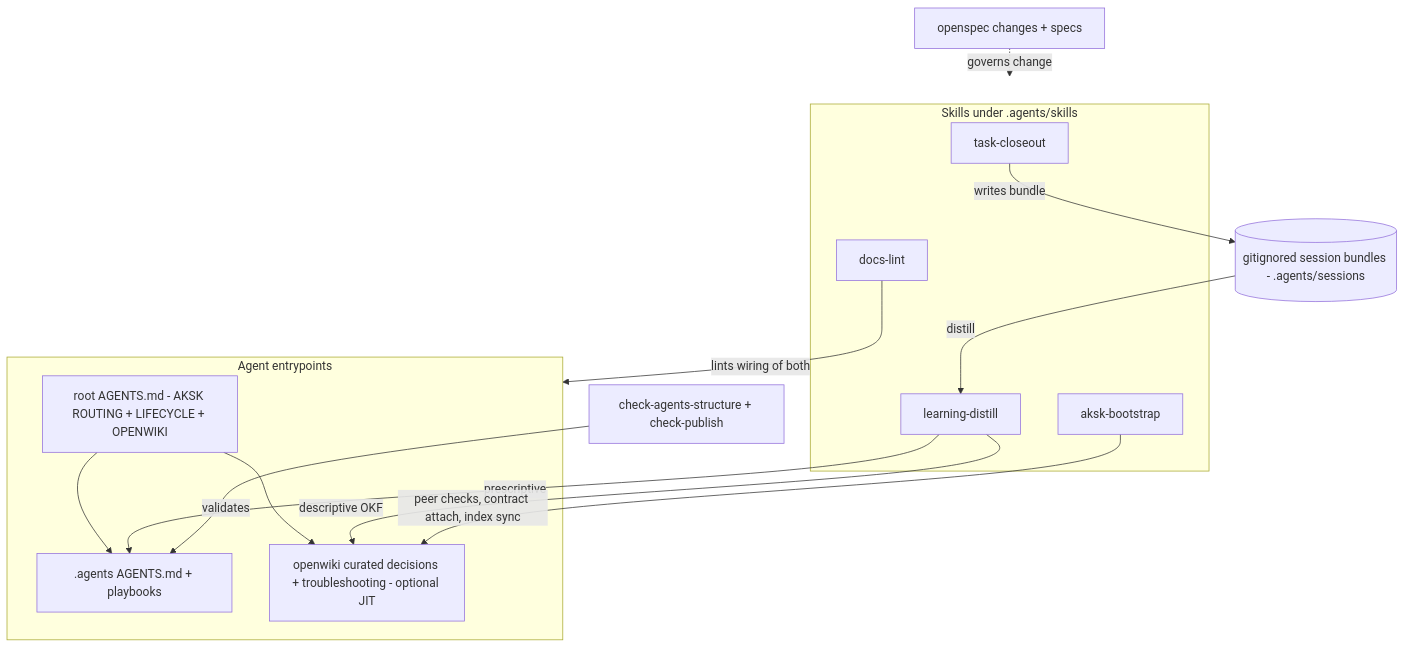
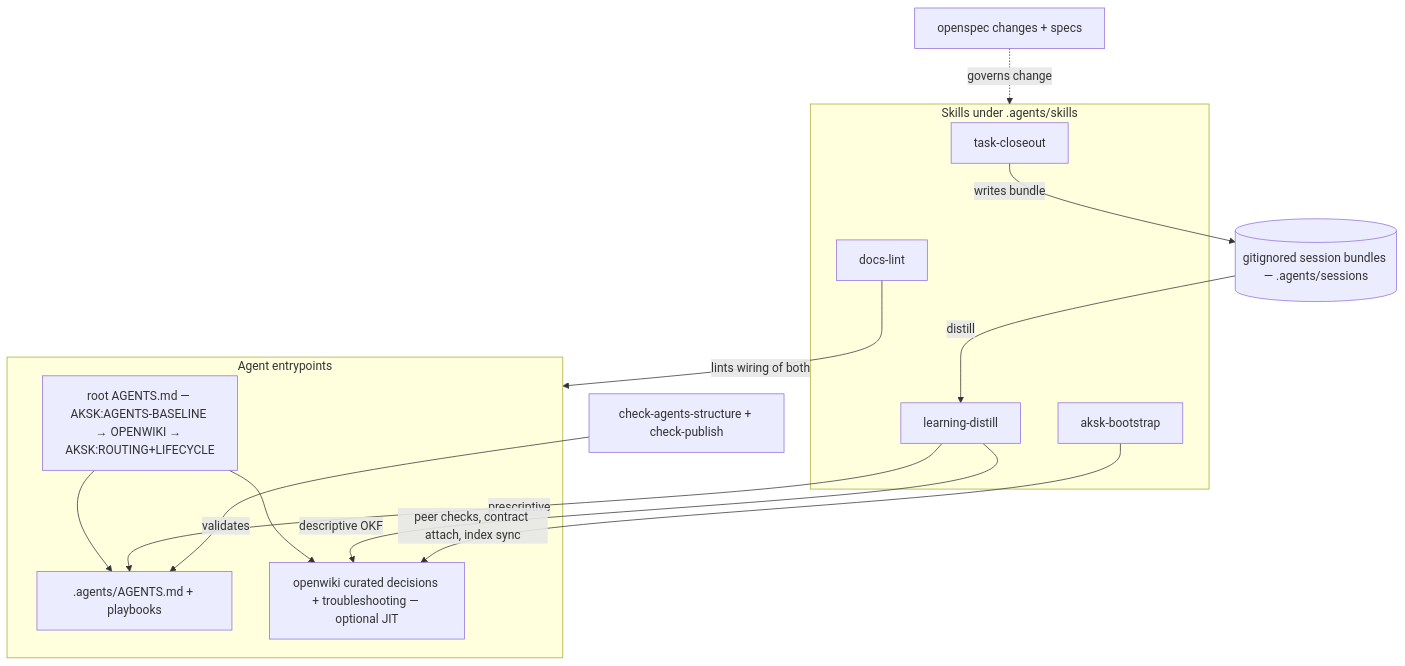
The first of 2 diagrams in openwiki/quickstart.md (Hypercubed/Agent-Knowledge-Starter-Kit), drawn with Mermaid before and after one commit. The commit also changed other lines of this file and 175 other files, not shown here.

````diff
--- a/openwiki/quickstart.md
+++ b/openwiki/quickstart.md
@@ -67,28 +79,28 @@
 ```mermaid
 flowchart TD
     subgraph Entry["Agent entrypoints"]
-        RA["root AGENTS.md - AKSK ROUTING + LIFECYCLE + OPENWIKI"]
-        AG[".agents AGENTS.md + playbooks"]
-        DX["openwiki curated decisions + troubleshooting - optional JIT"]
+        RA["root AGENTS.md — AKSK:AGENTS-BASELINE → OPENWIKI → AKSK:ROUTING+LIFECYCLE"]
+        AG[".agents/AGENTS.md + playbooks"]
+        DX["openwiki curated decisions + troubleshooting — optional JIT"]
     end
     subgraph SK["Skills under .agents/skills"]
         TC["task-closeout"]
         LD["learning-distill"]
         DL["docs-lint"]
         AB["aksk-bootstrap"]
     end
-    SE[("gitignored session bundles - .agents/sessions")]
+    SE[("gitignored session bundles — .agents/sessions")]
     OS["openspec changes + specs"]
     VAL["check-agents-structure + check-publish"]
 
     RA --> AG
     RA --> DX
     TC -->|"writes bundle"| SE
     SE -->|"distill"| LD
     LD -->|"prescriptive"| AG
     LD -->|"descriptive OKF"| DX
     AB -->|"peer checks, contract attach, index sync"| DX
     DL -->|"lints wiring of both"| Entry
     OS -.->|"governs change"| SK
     VAL -->|"validates"| AG
 ```
````
